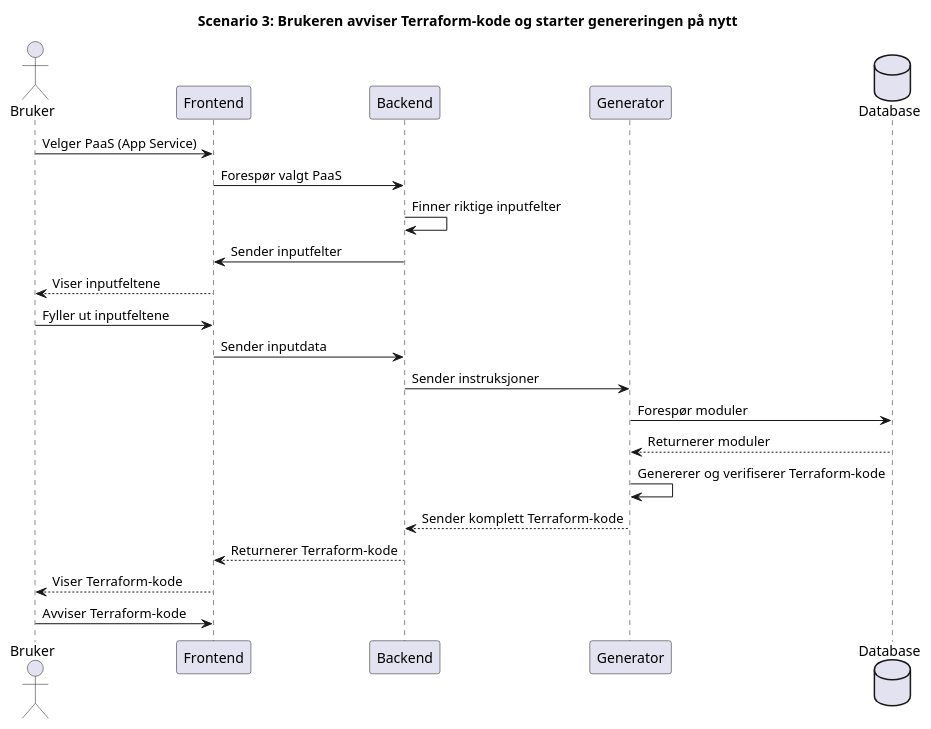
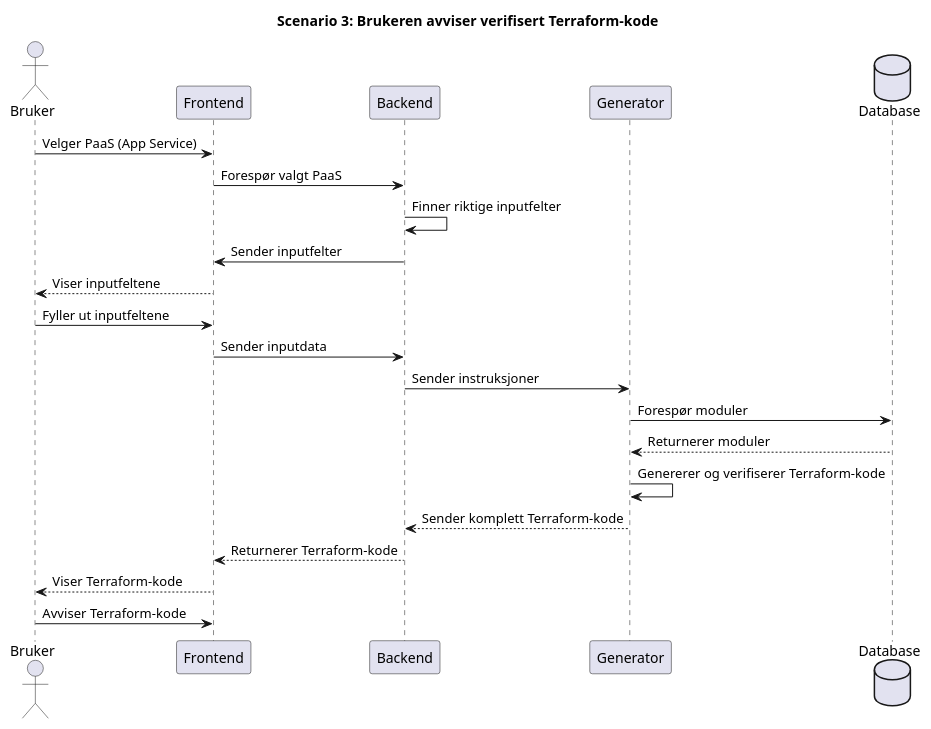
Before and after one commit to Bachelor-B25ITK12/Diagrammer: the diagram in UML_Diagrammer/Applikasjonsfly-Manuell-v3/avvistkode.puml, drawn with PlantUML. The commit also changed 7 other files, not shown here.

Commit message:
gjorde noen forbedringer av sekvensdiagrammen for LLM-, samt manuelle-genereringen.

```diff
--- a/UML_Diagrammer/Applikasjonsfly-Manuell-v3/avvistkode.puml
+++ b/UML_Diagrammer/Applikasjonsfly-Manuell-v3/avvistkode.puml
@@ -1,28 +1,28 @@
 @startuml
-title Scenario 3: Brukeren avviser Terraform-kode og starter genereringen på nytt
+title Scenario 3: Brukeren avviser verifisert Terraform-kode
 
 actor Bruker as Bruker
 participant Frontend as Frontend
 participant Backend as Backend
 participant Generator as Generator
 database Database as Database
 
 Bruker        ->      Frontend        :   Velger PaaS (App Service)
 Frontend      ->      Backend         :   Forespør valgt PaaS
 Backend       ->      Backend         :   Finner riktige inputfelter
 Backend       ->      Frontend        :   Sender inputfelter
 Frontend      -->     Bruker          :   Viser inputfeltene
 Bruker        ->      Frontend        :   Fyller ut inputfeltene
 Frontend      ->      Backend         :   Sender inputdata
 Backend       ->      Generator       :   Sender instruksjoner
 
 Generator     ->      Database        :   Forespør moduler
 Database      -->     Generator       :   Returnerer moduler
 Generator     ->      Generator       :   Genererer og verifiserer Terraform-kode
 Generator     -->     Backend         :   Sender komplett Terraform-kode
 
 Backend       -->     Frontend        :   Returnerer Terraform-kode
 Frontend      -->     Bruker          :   Viser Terraform-kode
 Bruker        ->      Frontend        :   Avviser Terraform-kode
 
 @enduml
```
